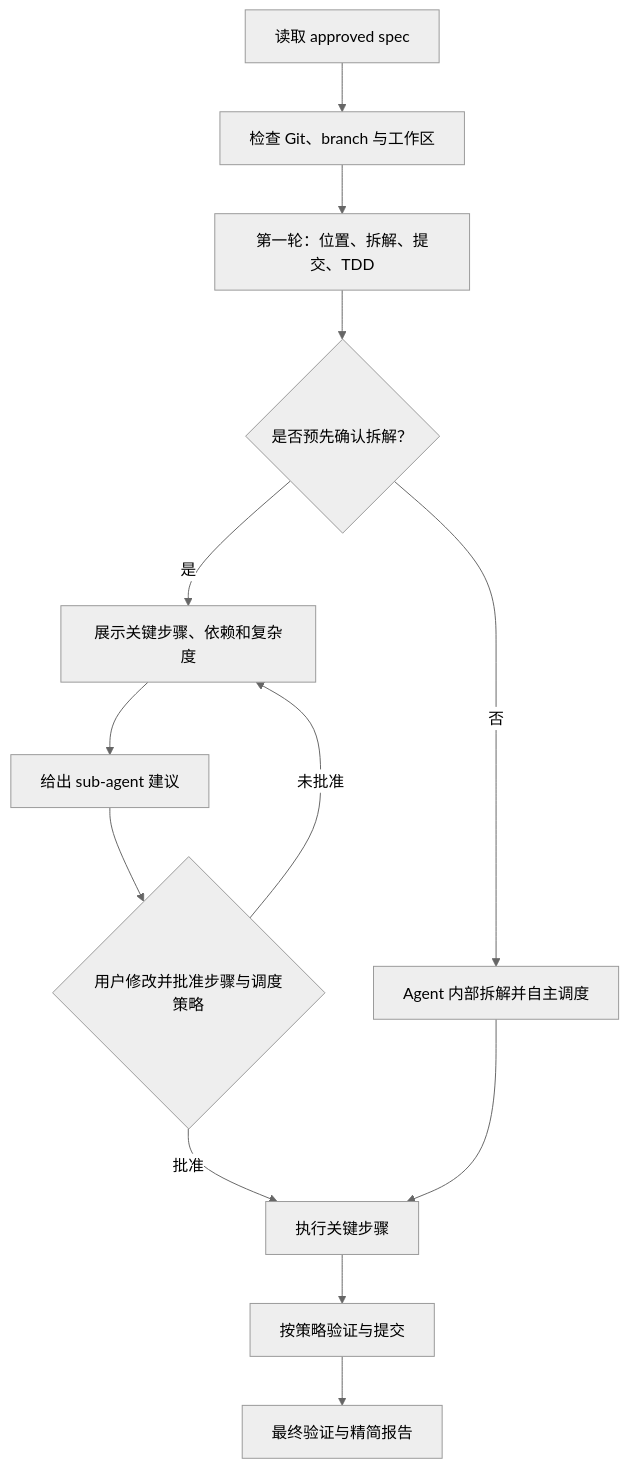
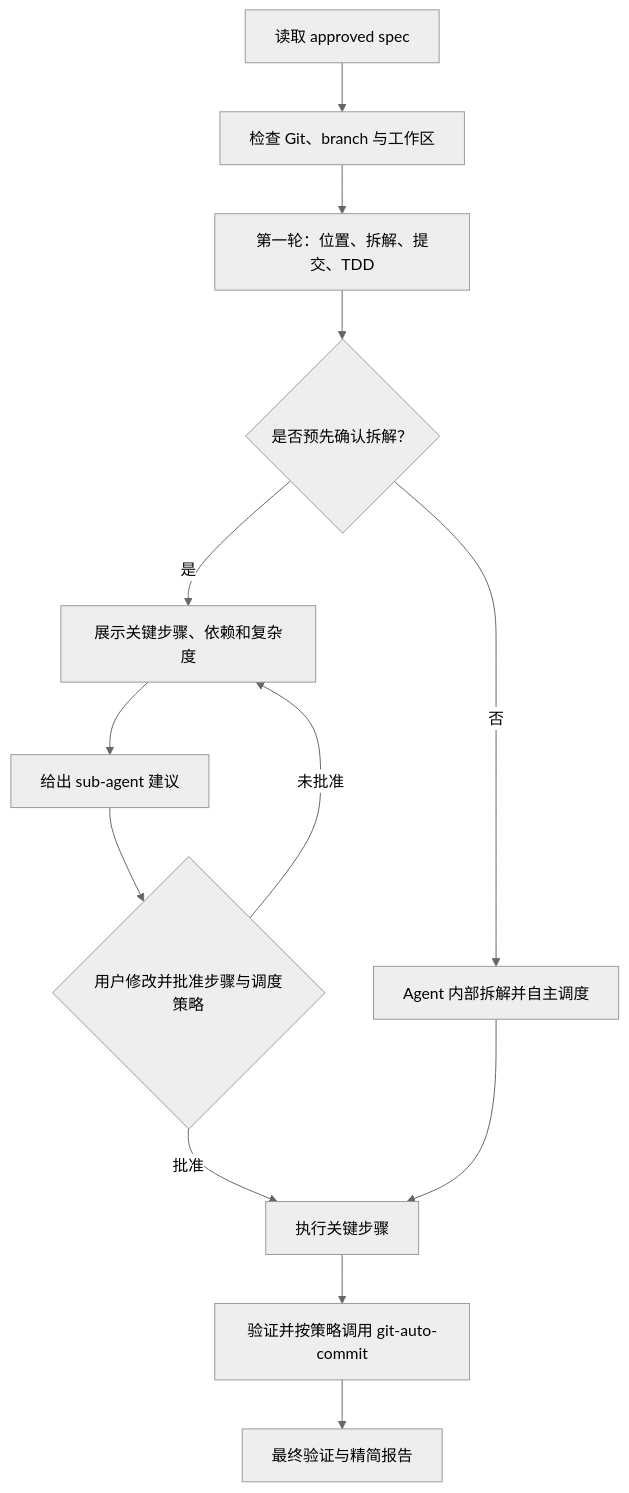
One commit to cmstar/hyperpowers-skills changed the fourth of 4 diagrams in docs/wiki.md. Above: the diagram before and after it, drawn with Mermaid (neutral theme). The commit also changed other lines of this file and 2 other files, not shown here.

Commit message:
让执行器按用户选择在任务边界调用 git-auto-commit

````diff
--- a/docs/wiki.md
+++ b/docs/wiki.md
@@ -394,15 +403,15 @@
 ```mermaid
 flowchart TD
     S["读取 approved spec"] --> G["检查 Git、branch 与工作区"]
     G --> C["第一轮：位置、拆解、提交、TDD"]
     C --> D{"是否预先确认拆解？"}
     D -->|"否"| A["Agent 内部拆解并自主调度"]
     D -->|"是"| L["展示关键步骤、依赖和复杂度"]
     L --> R["给出 sub-agent 建议"]
     R --> U{"用户修改并批准步骤与调度策略"}
     U -->|"未批准"| L
     U -->|"批准"| E["执行关键步骤"]
     A --> E
-    E --> V["按策略验证与提交"]
+    E --> V["验证并按策略调用 git-auto-commit"]
     V --> F["最终验证与精简报告"]
 ```
````
